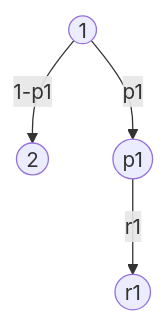
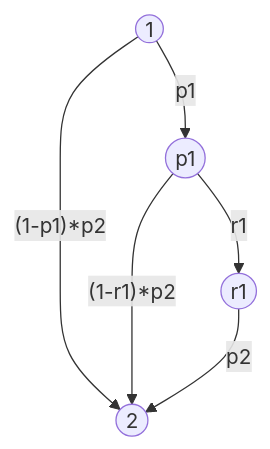
The diagram in vault/sem2/AuW/UE/cx/bf/cx07-bf.md (bfeitknecht/vault), drawn with Mermaid before and after one commit. The commit also changed other lines of this file, not shown here.

````diff
--- a/vault/sem2/AuW/UE/cx/bf/cx07-bf.md
+++ b/vault/sem2/AuW/UE/cx/bf/cx07-bf.md
@@ -26,11 +11,12 @@
 ```mermaid
 flowchart TD
 
-id1((1))-->|1-p1|id2((2))
+id1((1))-->|"(1-p1)*p2"|id2((2))
 id1-->|p1|id3((p1))
 id3-->|r1|id4((r1))
-
+id3-->|"(1-r1)*p2"|id2
+id4-->|p2|id2
 
 
 
 ```
````
